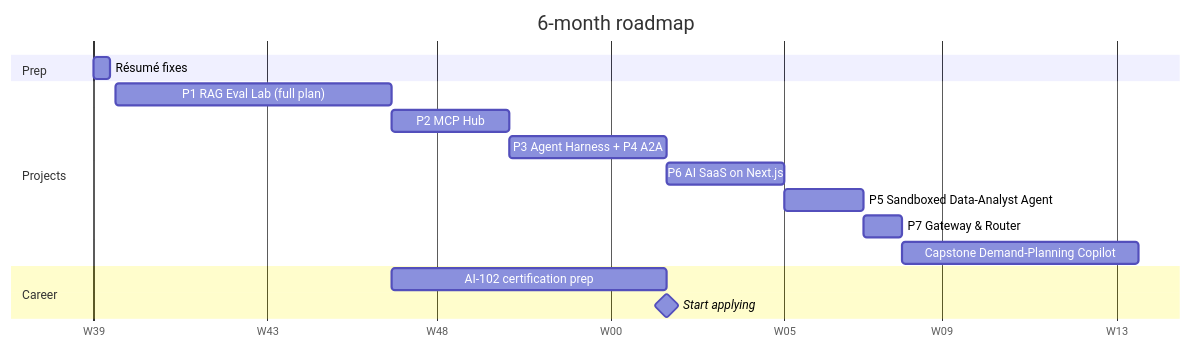
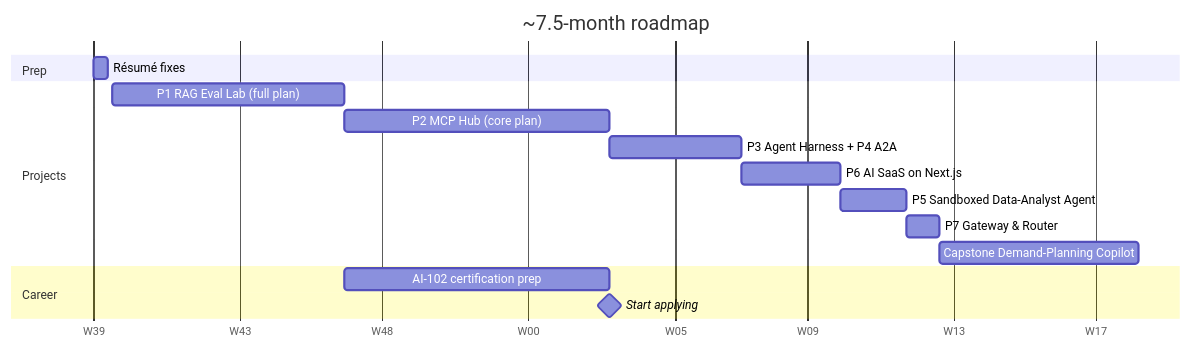
The diagram in 04-roadmap.md (pRiMeXoMeGa/AI-Learning-Projects), drawn with Mermaid before and after one commit. The commit also changed other lines of this file and 10 other files, not shown here.

First line of the commit message:
Choose core plan for Project 2 and update the roadmap

````diff
--- a/04-roadmap.md
+++ b/04-roadmap.md
@@ -36,19 +54,19 @@
 ```mermaid
 gantt
-    title 6-month roadmap
+    title ~7.5-month roadmap
     dateFormat YYYY-MM-DD
     axisFormat W%W
     section Prep
     Résumé fixes                        :r0, 2026-10-01, 3d
     section Projects
     P1 RAG Eval Lab (full plan)         :p1, 2026-10-05, 7w
-    P2 MCP Hub                          :p2, after p1, 3w
+    P2 MCP Hub (core plan)              :p2, after p1, 8w
     P3 Agent Harness + P4 A2A           :p3, after p2, 4w
     P6 AI SaaS on Next.js               :p6, after p3, 3w
     P5 Sandboxed Data-Analyst Agent     :p5, after p6, 2w
     P7 Gateway & Router                 :p7, after p5, 1w
     Capstone Demand-Planning Copilot    :cap, after p7, 6w
     section Career
-    AI-102 certification prep           :cert, after p1, 7w
-    Start applying                      :milestone, after p3, 0d
+    AI-102 certification prep           :cert, after p1, 8w
+    Start applying                      :milestone, after p2, 0d
 ```
````
